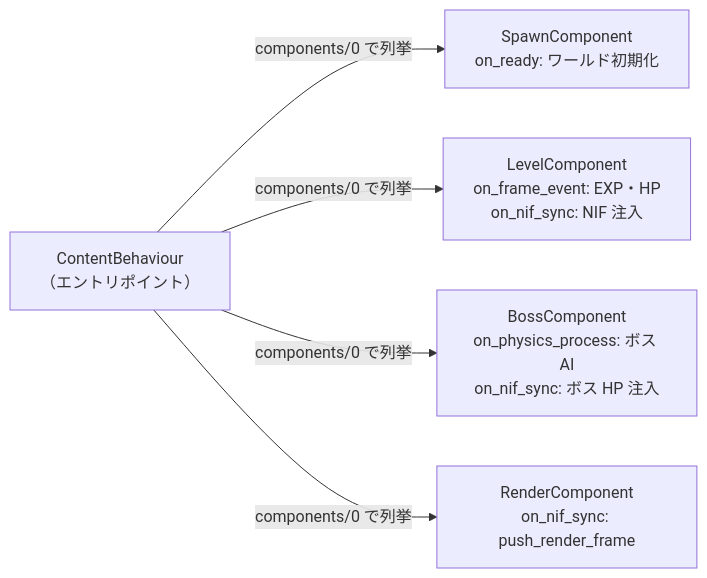
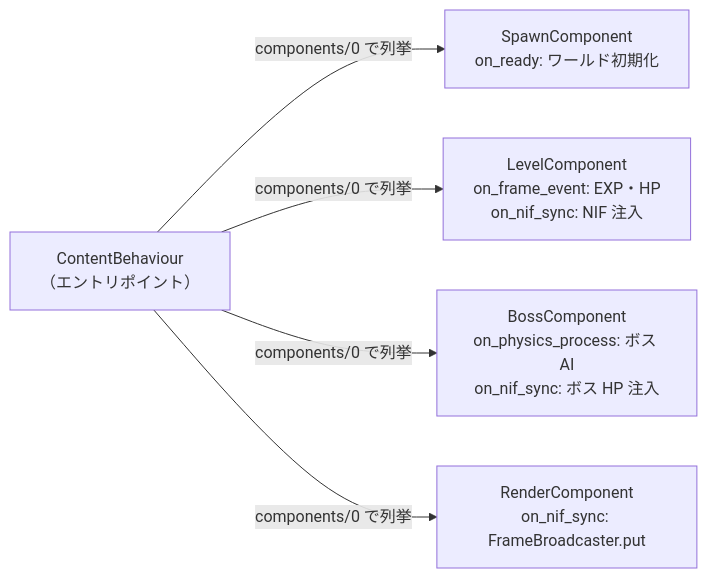
One commit to FRICK-ELDY/alchemy-engine changed the first of 3 diagrams in docs/architecture/elixir/contents.md. Above: the diagram before and after it, drawn with Mermaid. The commit also changed other lines of this file and 10 other files, not shown here.

Commit message:
docs(architecture): コードベースに合わせて同期

````diff
--- a/docs/architecture/elixir/contents.md
+++ b/docs/architecture/elixir/contents.md
@@ -15,13 +15,13 @@
 ```mermaid
 graph LR
     CB["ContentBehaviour\n（エントリポイント）"]
     SC["SpawnComponent\non_ready: ワールド初期化"]
     LC["LevelComponent\non_frame_event: EXP・HP\non_nif_sync: NIF 注入"]
     BC["BossComponent\non_physics_process: ボス AI\non_nif_sync: ボス HP 注入"]
-    RC["RenderComponent\non_nif_sync: push_render_frame"]
+    RC["RenderComponent\non_nif_sync: FrameBroadcaster.put"]
 
     CB -->|components/0 で列挙| SC
     CB -->|components/0 で列挙| LC
     CB -->|components/0 で列挙| BC
     CB -->|components/0 で列挙| RC
 ```
````
